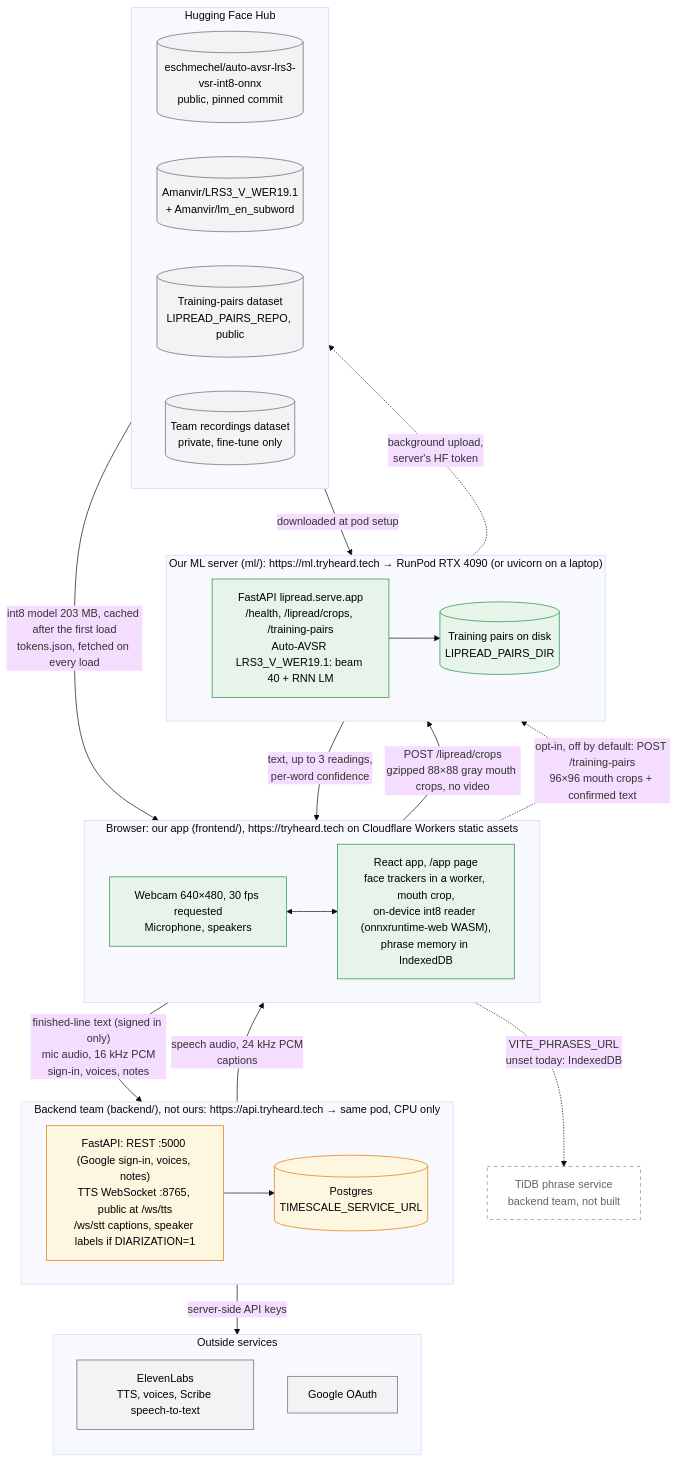
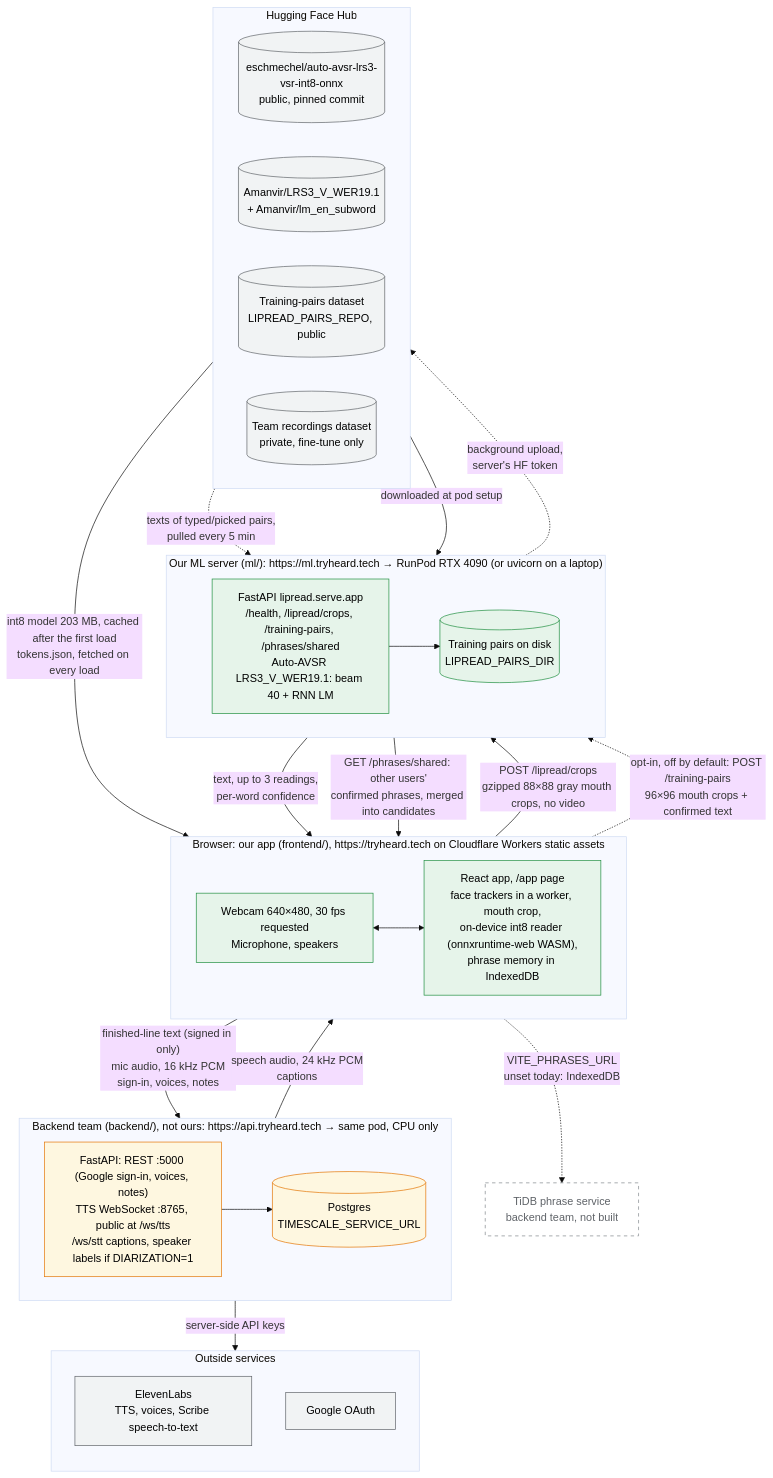
Before and after one commit to LMSAIH/stormhacks2026: the diagram in docs/architecture/system.md, drawn with Mermaid (base theme). The commit also changed other lines of this file and 9 other files, not shown here.

First line of the commit message:
feat(phrases): shared phrase bank from the opt-in pairs dataset

````diff
--- a/docs/architecture/system.md
+++ b/docs/architecture/system.md
@@ -12,59 +12,61 @@
 ```mermaid
 flowchart TB
   subgraph browser["Browser: our app (frontend/), https://tryheard.tech on Cloudflare Workers static assets"]
     direction LR
     io["Webcam 640×480, 30 fps requested<br/>Microphone, speakers"]
     app["React app, /app page<br/>face trackers in a worker, mouth crop,<br/>on-device int8 reader (onnxruntime-web WASM),<br/>phrase memory in IndexedDB"]
     io <--> app
   end
 
   subgraph ml["Our ML server (ml/): https://ml.tryheard.tech → RunPod RTX 4090 (or uvicorn on a laptop)"]
     direction LR
-    api["FastAPI lipread.serve.app<br/>/health, /lipread/crops, /training-pairs<br/>Auto-AVSR LRS3_V_WER19.1: beam 40 + RNN LM"]
+    api["FastAPI lipread.serve.app<br/>/health, /lipread/crops, /training-pairs, /phrases/shared<br/>Auto-AVSR LRS3_V_WER19.1: beam 40 + RNN LM"]
     pairs[("Training pairs on disk<br/>LIPREAD_PAIRS_DIR")]
     api --> pairs
   end
 
   subgraph be["Backend team (backend/), not ours: https://api.tryheard.tech → same pod, CPU only"]
     direction LR
     backend["FastAPI: REST :5000 (Google sign-in, voices, notes)<br/>TTS WebSocket :8765, public at /ws/tts<br/>/ws/stt captions, speaker labels if DIARIZATION=1"]
     db[("Postgres<br/>TIMESCALE_SERVICE_URL")]
     backend --> db
   end
 
   subgraph hf["Hugging Face Hub"]
     direction LR
     model[("eschmechel/auto-avsr-lrs3-vsr-int8-onnx<br/>public, pinned commit")]
     ckpt[("Amanvir/LRS3_V_WER19.1<br/>+ Amanvir/lm_en_subword")]
     pairsds[("Training-pairs dataset<br/>LIPREAD_PAIRS_REPO, public")]
     recds[("Team recordings dataset<br/>private, fine-tune only")]
   end
 
   subgraph ext["Outside services"]
     direction TB
     el["ElevenLabs<br/>TTS, voices, Scribe speech-to-text"]
     google["Google OAuth"]
   end
 
   tidb["TiDB phrase service<br/>backend team, not built"]
 
   model -->|"int8 model 203 MB, cached after the first load<br/>tokens.json, fetched on every load"| app
   app -->|"POST /lipread/crops<br/>gzipped 88×88 gray mouth crops, no video"| api
   api -->|"text, up to 3 readings,<br/>per-word confidence"| app
   app -.->|"opt-in, off by default: POST /training-pairs<br/>96×96 mouth crops + confirmed text"| api
   pairs -.->|"background upload,<br/>server's HF token"| pairsds
+  pairsds -.->|"texts of typed/picked pairs,<br/>pulled every 5 min"| api
+  api -->|"GET /phrases/shared: other users'<br/>confirmed phrases, merged into candidates"| app
   ckpt -->|"downloaded at pod setup"| api
   app -->|"finished-line text (signed in only)<br/>mic audio, 16 kHz PCM<br/>sign-in, voices, notes"| backend
   backend -->|"speech audio, 24 kHz PCM<br/>captions"| app
   backend -->|"server-side API keys"| ext
   app -.->|"VITE_PHRASES_URL<br/>unset today: IndexedDB"| tidb
 
   classDef ours fill:#e6f4ea,stroke:#1e8e3e,color:#000
   classDef backendteam fill:#fef7e0,stroke:#e37400,color:#000
   classDef outside fill:#f1f3f4,stroke:#5f6368,color:#000
   classDef planned fill:#ffffff,stroke:#80868b,stroke-dasharray:5 5,color:#5f6368
   class io,app,api,pairs ours
   class backend,db backendteam
   class el,google,model,ckpt,pairsds,recds outside
   class tidb planned
 ```
````
